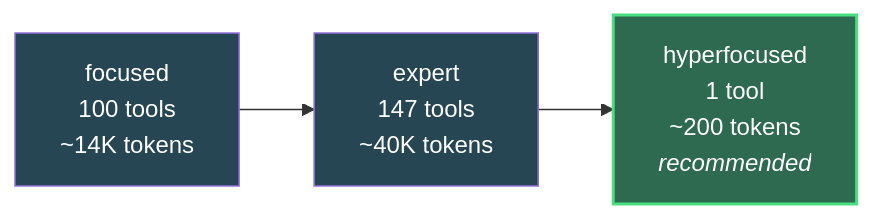
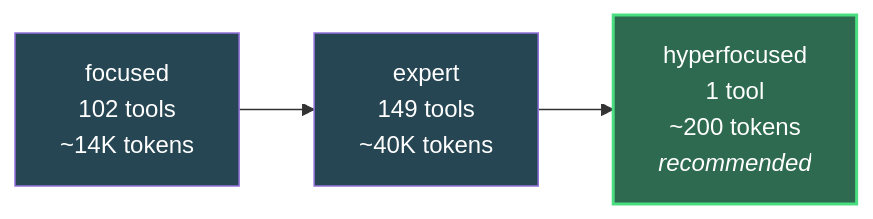
Before and after one commit to Edgars-Ralfs-Dunis/vibing-steampunk: the third of 3 diagrams in README.md, drawn with Mermaid. The commit also changed other lines of this file and 2 other files, not shown here.

````diff
--- a/README.md
+++ b/README.md
@@ -1496,8 +1496,8 @@
 ```mermaid
 graph LR
-    F["focused<br/>100 tools<br/>~14K tokens"] --> E["expert<br/>147 tools<br/>~40K tokens"]
+    F["focused<br/>102 tools<br/>~14K tokens"] --> E["expert<br/>149 tools<br/>~40K tokens"]
     E --> H["hyperfocused<br/>1 tool<br/>~200 tokens<br/><i>recommended</i>"]
     style H fill:#2d6a4f,color:#fff,stroke:#4ade80,stroke-width:2px
     style F fill:#264653,color:#fff
     style E fill:#264653,color:#fff
 ```
````
